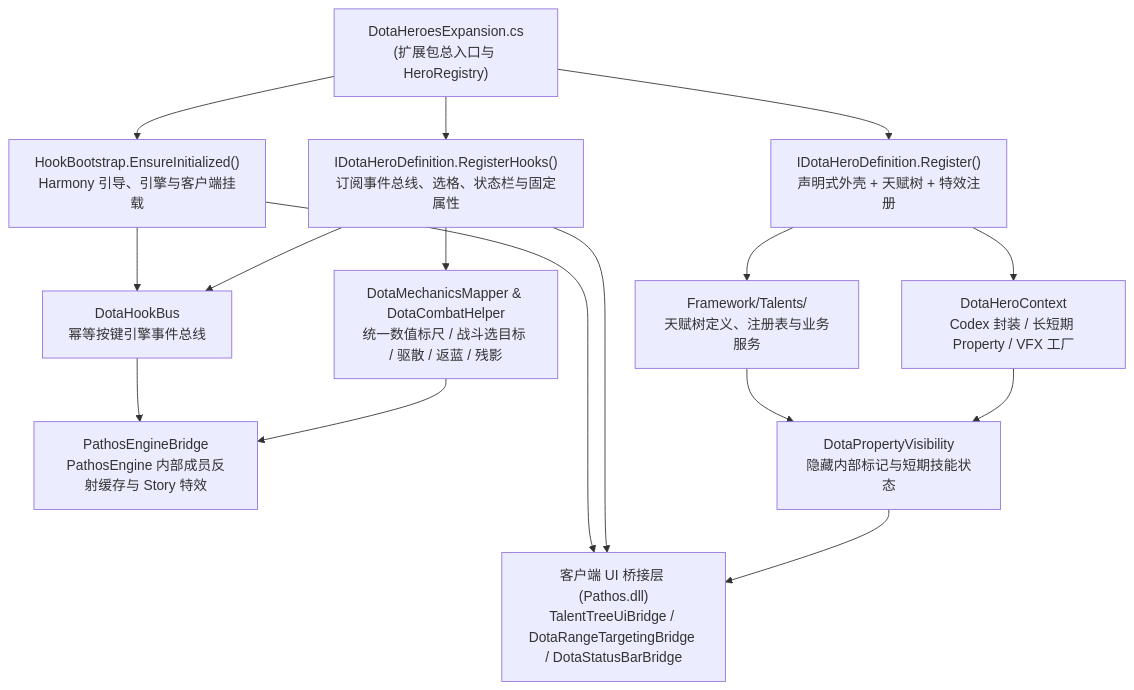
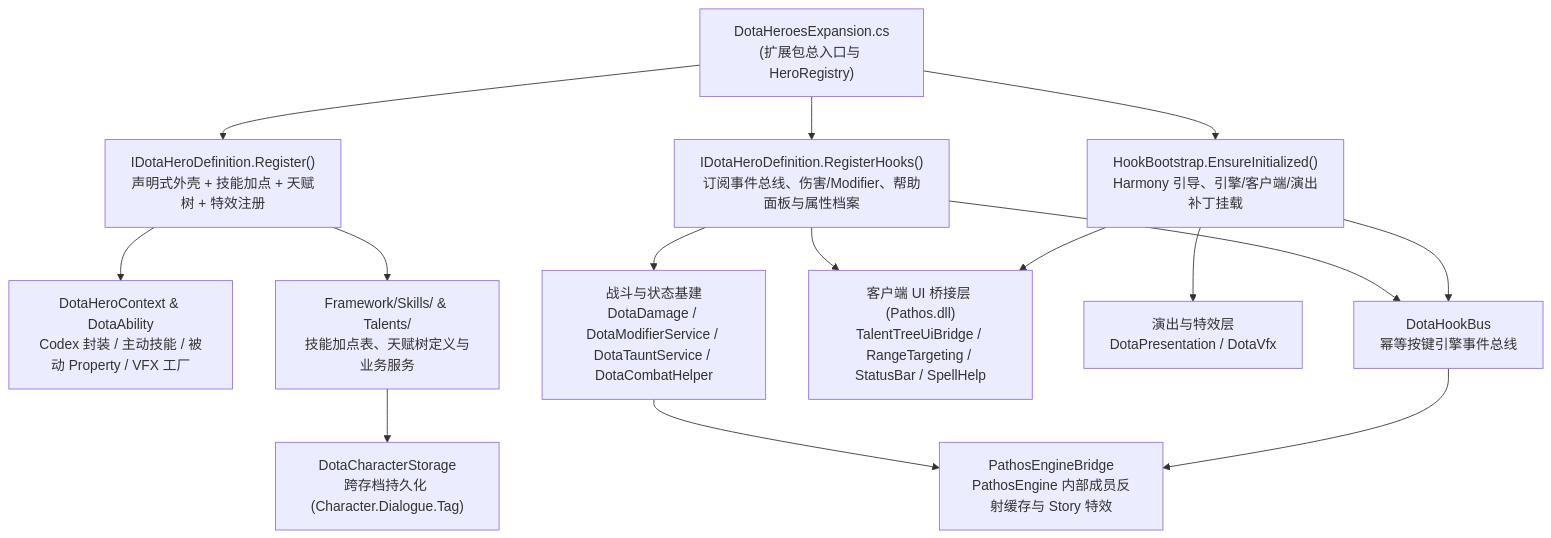
One commit to 5151561/Pathos-Dota2-7.42 changed the first of 2 diagrams in docs/architecture/overview.md. Above: the diagram before and after it, drawn with Mermaid. The commit also changed other lines of this file and 43 other files, not shown here.

Commit message:
refactor(framework): eliminate all custom Codex.Properties and sync docs

````diff
--- a/docs/architecture/overview.md
+++ b/docs/architecture/overview.md
@@ -7,22 +7,21 @@
 ```mermaid
 flowchart TD
-    A["DotaHeroesExpansion.cs<br/>(扩展包总入口与 HeroRegistry)"] --> B["IDotaHeroDefinition.Register()<br/>声明式外壳 + 天赋树 + 特效注册"]
-    A --> C["HookBootstrap.EnsureInitialized()<br/>Harmony 引导、引擎与客户端挂载"]
-    A --> D["IDotaHeroDefinition.RegisterHooks()<br/>订阅事件总线、选格、状态栏与固定属性"]
+    A["DotaHeroesExpansion.cs<br/>(扩展包总入口与 HeroRegistry)"] --> B["IDotaHeroDefinition.Register()<br/>声明式外壳 + 技能加点 + 天赋树 + 特效注册"]
+    A --> C["HookBootstrap.EnsureInitialized()<br/>Harmony 引导、引擎/客户端/演出补丁挂载"]
+    A --> D["IDotaHeroDefinition.RegisterHooks()<br/>订阅事件总线、伤害/Modifier、帮助面板与属性档案"]
 
-    B --> E["DotaHeroContext<br/>Codex 封装 / 长短期 Property / VFX 工厂"]
-    B --> T["Framework/Talents/<br/>天赋树定义、注册表与业务服务"]
+    B --> E["DotaHeroContext &amp; DotaAbility<br/>Codex 封装 / 主动技能 / 被动 Property / VFX 工厂"]
+    B --> T["Framework/Skills/ &amp; Talents/<br/>技能加点表、天赋树定义与业务服务"]
 
     C --> F["DotaHookBus<br/>幂等按键引擎事件总线"]
-    C --> U["客户端 UI 桥接层 (Pathos.dll)<br/>TalentTreeUiBridge / DotaRangeTargetingBridge / DotaStatusBarBridge"]
+    C --> U["客户端 UI 桥接层 (Pathos.dll)<br/>TalentTreeUiBridge / RangeTargeting / StatusBar / SpellHelp"]
+    C --> P["演出与特效层<br/>DotaPresentation / DotaVfx"]
 
     D --> F
     D --> U
-    D --> M["DotaMechanicsMapper &amp; DotaCombatHelper<br/>统一数值标尺 / 战斗选目标 / 驱散 / 返蓝 / 残影"]
+    D --> M["战斗与状态基建<br/>DotaDamage / DotaModifierService / DotaTauntService / DotaCombatHelper"]
 
     F --> G["PathosEngineBridge<br/>PathosEngine 内部成员反射缓存与 Story 特效"]
     M --> G
-    T --> V["DotaPropertyVisibility<br/>隐藏内部标记与短期技能状态"]
-    E --> V
-    V --> U
+    T --> S["DotaCharacterStorage<br/>跨存档持久化 (Character.Dialogue.Tag)"]
 ```
````
